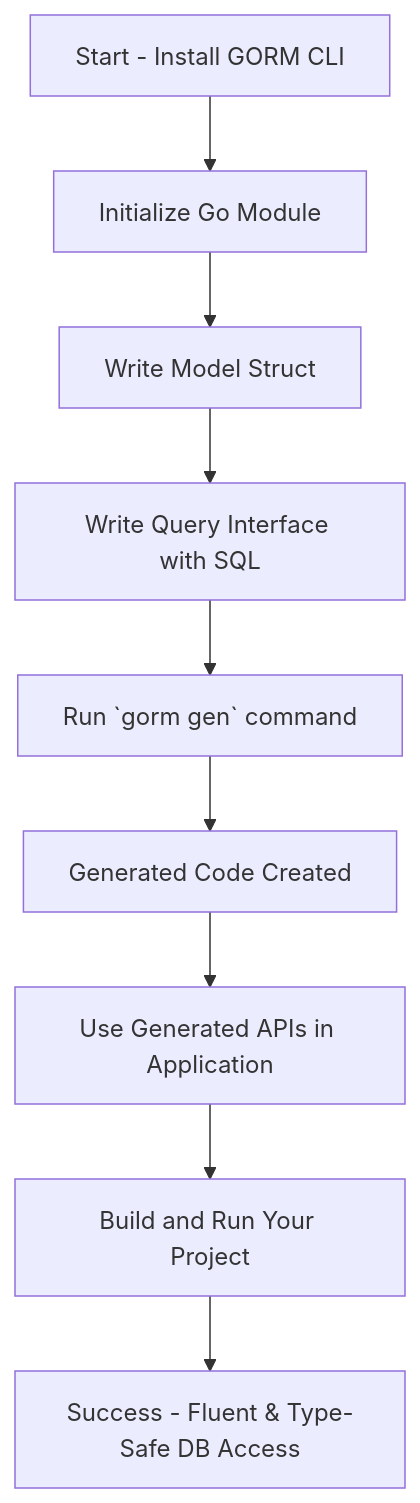
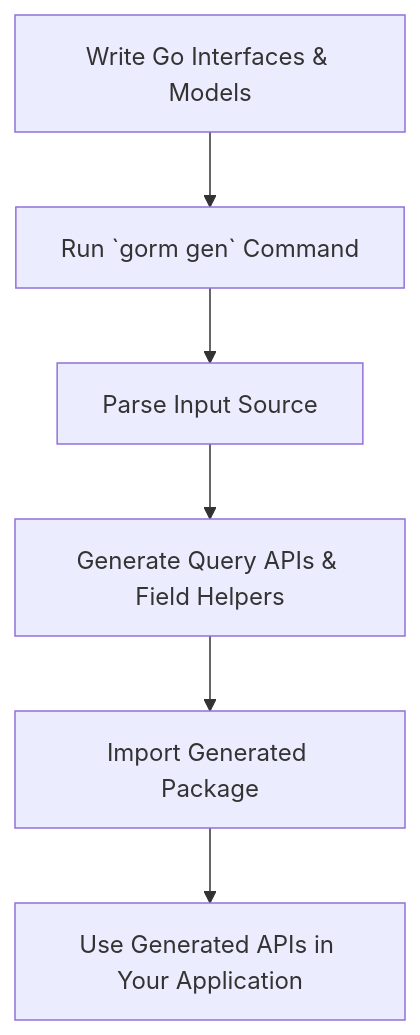
One commit to clidey/docucod-public-project-3a0e48a9-6b86-4d21-a930-072fe9723c66 changed the diagram in guides/core-workflows/getting-started.mdx. Above: the diagram before and after it, drawn with Mermaid. The commit also changed other lines of this file and 26 other files, not shown here.

````diff
--- a/guides/core-workflows/getting-started.mdx
+++ b/guides/core-workflows/getting-started.mdx
@@ -254,11 +214,8 @@
 ```mermaid
 flowchart TD
-  A[Start - Install GORM CLI] --> B[Initialize Go Module]
-  B --> C[Write Model Struct]
-  C --> D[Write Query Interface with SQL]
-  D --> E[Run `gorm gen` command]
-  E --> F[Generated Code Created]
-  F --> G[Use Generated APIs in Application]
-  G --> H[Build and Run Your Project]
-  H --> I[Success - Fluent & Type-Safe DB Access]
+  A[Write Go Interfaces & Models] --> B[Run `gorm gen` Command]
+  B --> C[Parse Input Source]
+  C --> D[Generate Query APIs & Field Helpers]
+  D --> E[Import Generated Package]
+  E --> F[Use Generated APIs in Your Application]
 ```
````
